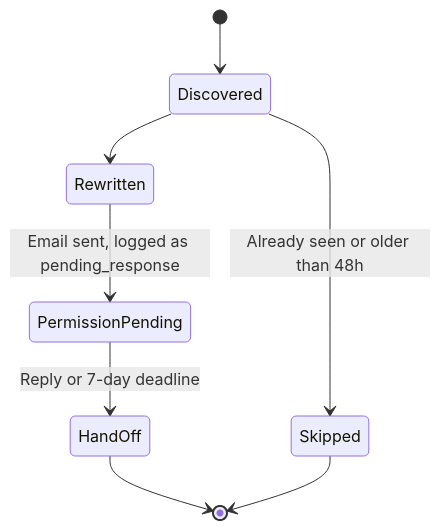
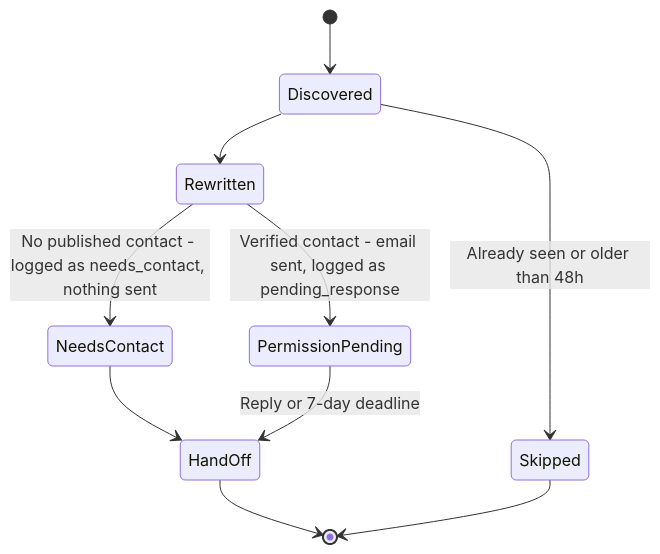
One commit to khaledabdelaziz1330-dot/Khaled-AI-Automation-Portfolio changed the fourth of 4 diagrams in marketing-lead-engine/architecture.md. Above: the diagram before and after it, drawn with Mermaid. The commit also changed other lines of this file and 44 other files, not shown here.

````diff
--- a/marketing-lead-engine/architecture.md
+++ b/marketing-lead-engine/architecture.md
@@ -105,10 +108,12 @@
 ```mermaid
 stateDiagram-v2
     [*] --> Discovered
     Discovered --> Skipped: Already seen or older than 48h
     Discovered --> Rewritten
-    Rewritten --> PermissionPending: Email sent, logged as pending_response
+    Rewritten --> PermissionPending: Verified contact - email sent, logged as pending_response
+    Rewritten --> NeedsContact: No published contact - logged as needs_contact, nothing sent
+    NeedsContact --> HandOff
     PermissionPending --> HandOff: Reply or 7-day deadline
     HandOff --> [*]
     Skipped --> [*]
 ```
````
